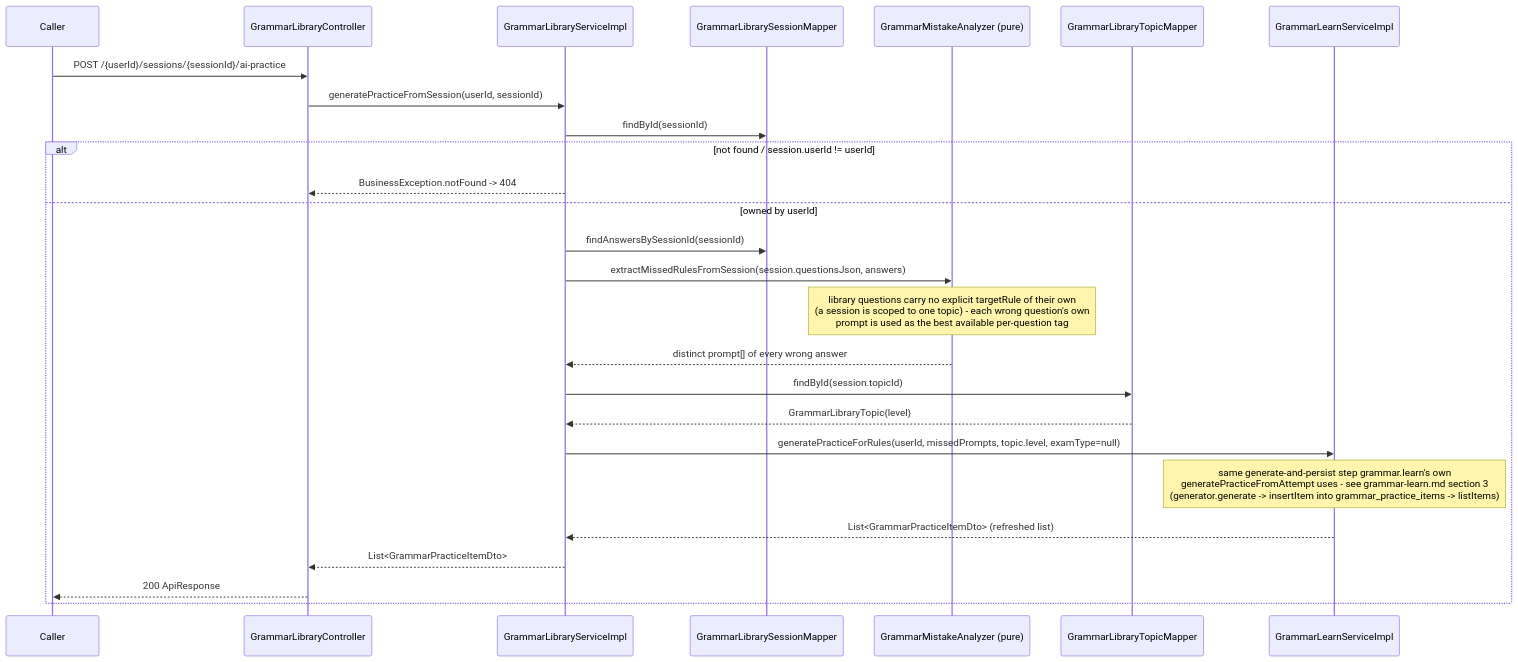
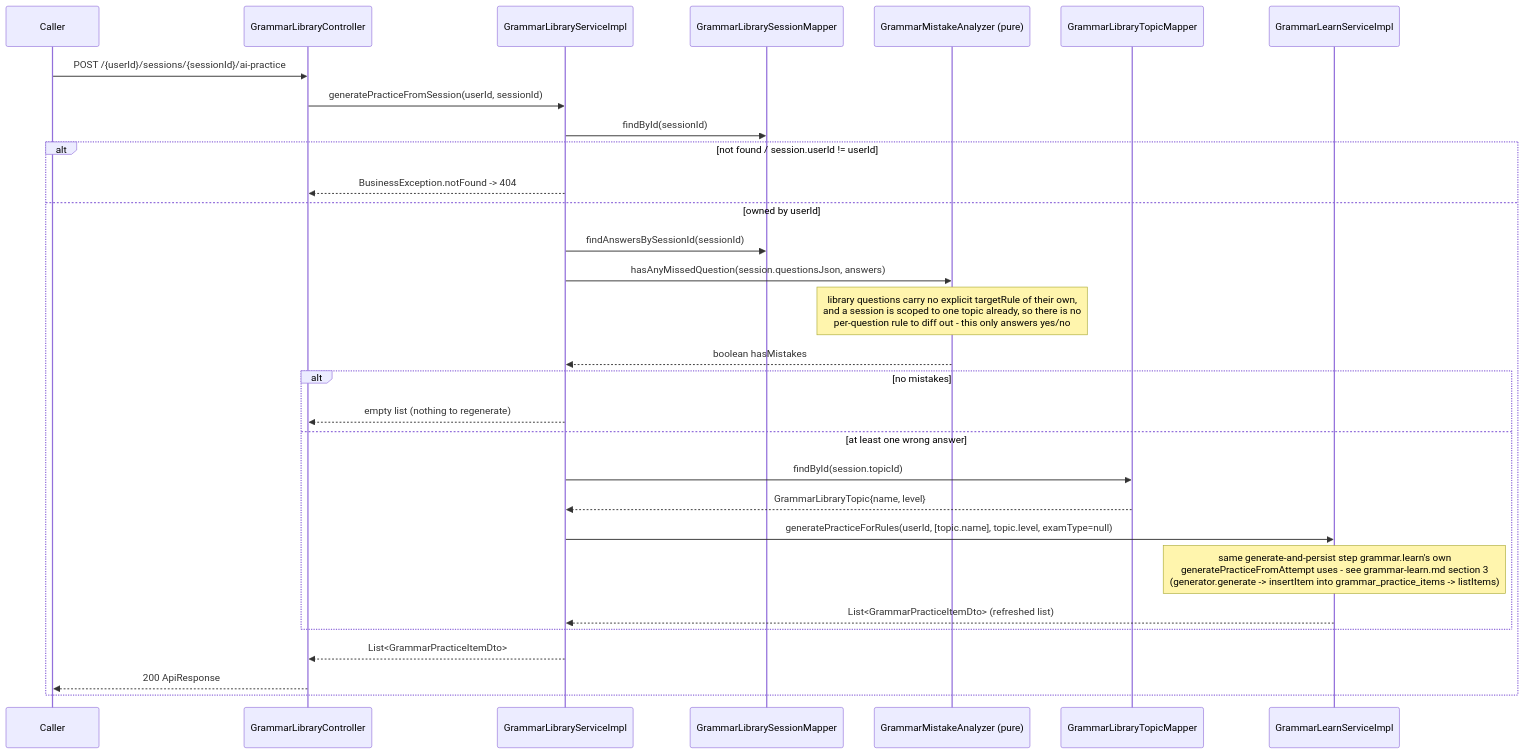
One commit to CuongNguyen13/RemeLearning changed the third of 3 diagrams in docs/sequence/English_service/grammar-library.md. Above: the diagram before and after it, drawn with Mermaid. The commit also changed 6 other files, not shown here.

Commit message:
fix(english-service): use grammar library session's topic name, not raw question prompt, as AI-retry target

````diff
--- a/docs/sequence/English_service/grammar-library.md
+++ b/docs/sequence/English_service/grammar-library.md
@@ -128,29 +128,33 @@
 ```mermaid
 sequenceDiagram
     participant Caller
     participant Ctrl as GrammarLibraryController
     participant Svc as GrammarLibraryServiceImpl
     participant SMapper as GrammarLibrarySessionMapper
     participant Analyzer as GrammarMistakeAnalyzer (pure)
     participant TMapper as GrammarLibraryTopicMapper
     participant LearnSvc as GrammarLearnServiceImpl
 
     Caller->>Ctrl: POST /{userId}/sessions/{sessionId}/ai-practice
     Ctrl->>Svc: generatePracticeFromSession(userId, sessionId)
     Svc->>SMapper: findById(sessionId)
     alt not found / session.userId != userId
         Svc-->>Ctrl: BusinessException.notFound -> 404
     else owned by userId
         Svc->>SMapper: findAnswersBySessionId(sessionId)
-        Svc->>Analyzer: extractMissedRulesFromSession(session.questionsJson, answers)
-        Note over Analyzer: library questions carry no explicit targetRule of their own<br/>(a session is scoped to one topic) - each wrong question's own<br/>prompt is used as the best available per-question tag
-        Analyzer-->>Svc: distinct prompt[] of every wrong answer
-        Svc->>TMapper: findById(session.topicId)
-        TMapper-->>Svc: GrammarLibraryTopic{level}
-        Svc->>LearnSvc: generatePracticeForRules(userId, missedPrompts, topic.level, examType=null)
-        Note over LearnSvc: same generate-and-persist step grammar.learn's own<br/>generatePracticeFromAttempt uses - see grammar-learn.md section 3<br/>(generator.generate -> insertItem into grammar_practice_items -> listItems)
-        LearnSvc-->>Svc: List<GrammarPracticeItemDto> (refreshed list)
+        Svc->>Analyzer: hasAnyMissedQuestion(session.questionsJson, answers)
+        Note over Analyzer: library questions carry no explicit targetRule of their own,<br/>and a session is scoped to one topic already, so there is no<br/>per-question rule to diff out - this only answers yes/no
+        Analyzer-->>Svc: boolean hasMistakes
+        alt no mistakes
+            Svc-->>Ctrl: empty list (nothing to regenerate)
+        else at least one wrong answer
+            Svc->>TMapper: findById(session.topicId)
+            TMapper-->>Svc: GrammarLibraryTopic{name, level}
+            Svc->>LearnSvc: generatePracticeForRules(userId, [topic.name], topic.level, examType=null)
+            Note over LearnSvc: same generate-and-persist step grammar.learn's own<br/>generatePracticeFromAttempt uses - see grammar-learn.md section 3<br/>(generator.generate -> insertItem into grammar_practice_items -> listItems)
+            LearnSvc-->>Svc: List<GrammarPracticeItemDto> (refreshed list)
+        end
         Svc-->>Ctrl: List<GrammarPracticeItemDto>
         Ctrl-->>Caller: 200 ApiResponse
     end
 ```
````
